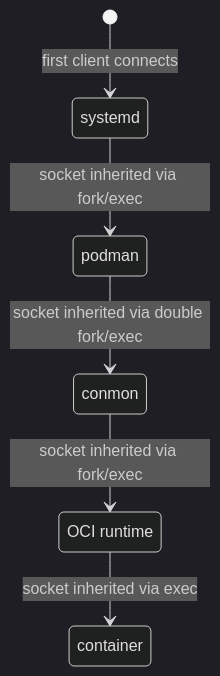
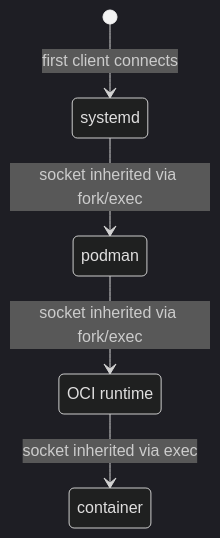
One commit to containers/podman changed the second of 2 diagrams in docs/tutorials/socket_activation.md. Above: the diagram before and after it, drawn with Mermaid (dark theme). The commit also changed other lines of this file, not shown here.

Commit message:
[CI:DOCS] socket_activation.md: remove conmon from socket inheritance

````diff
--- a/docs/tutorials/socket_activation.md
+++ b/docs/tutorials/socket_activation.md
@@ -69,9 +69,8 @@
 ``` mermaid
 stateDiagram-v2
     [*] --> systemd: first client connects
     systemd --> podman: socket inherited via fork/exec
     state "OCI runtime" as s2
-    podman --> conmon: socket inherited via double fork/exec
-    conmon --> s2: socket inherited via fork/exec
+    podman --> s2: socket inherited via fork/exec
     s2 --> container: socket inherited via exec
 ```
````
